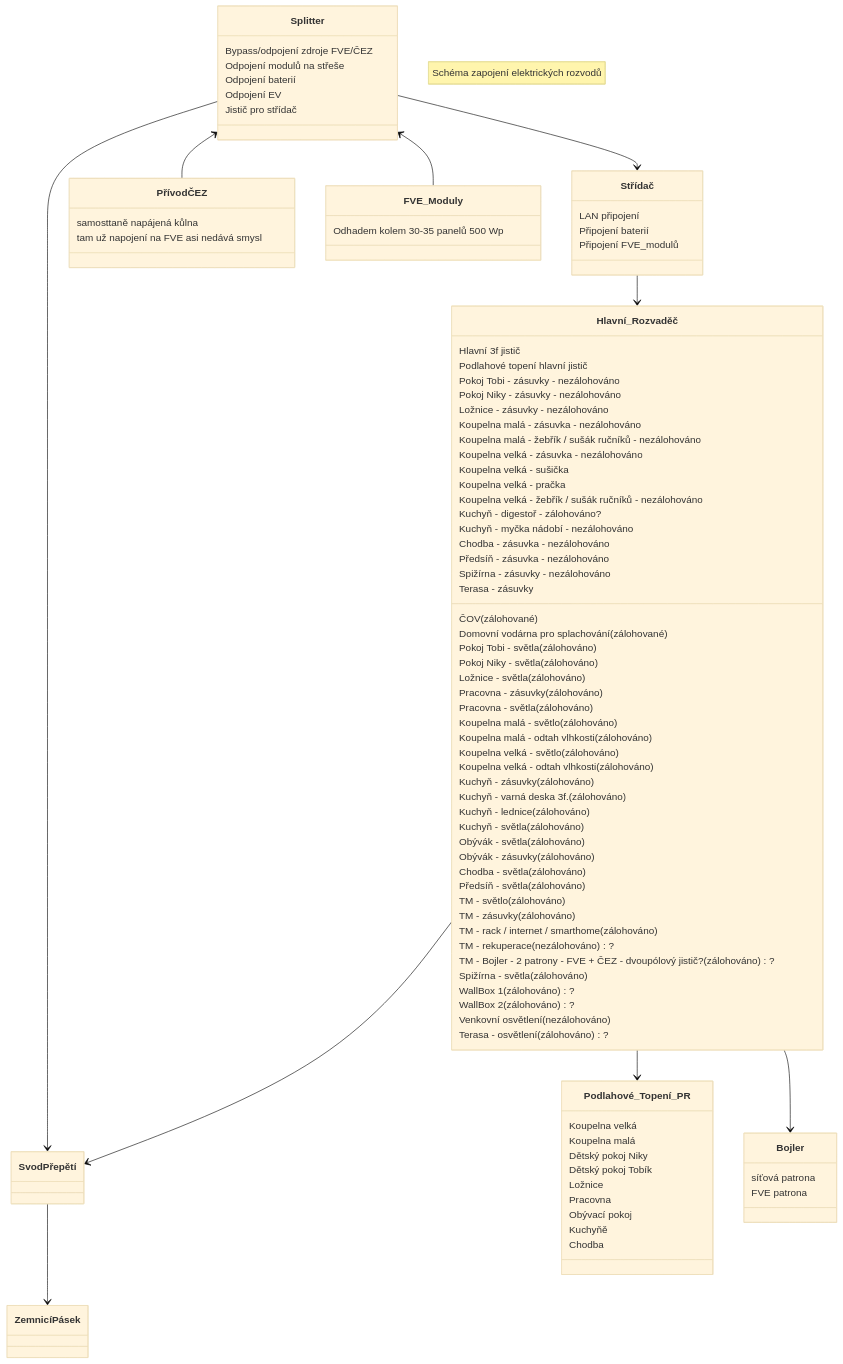
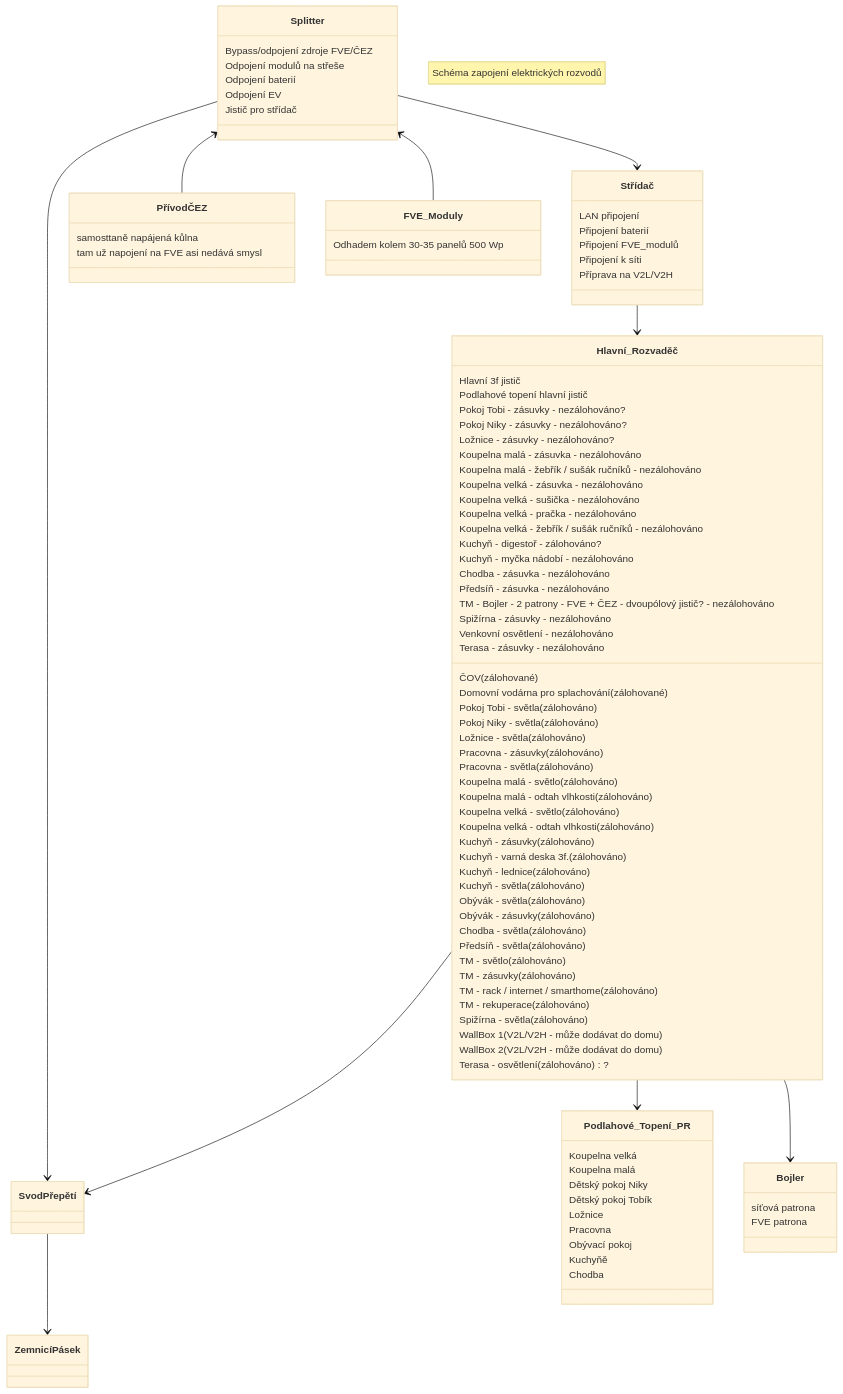
Before and after one commit to mtrakal/smrci: the diagram in Elektrika.md, drawn with Mermaid (base theme). The commit also changed other lines of this file and 1 other file, not shown here.

Commit message:
Elektřina ujasnění

```diff
--- a/Elektrika.md
+++ b/Elektrika.md
@@ -56,13 +56,13 @@
     ČOV (zálohované)
     Domovní vodárna pro splachování (zálohované)
     
-    Pokoj Tobi - zásuvky - nezálohováno
+    Pokoj Tobi - zásuvky - nezálohováno?
     Pokoj Tobi - světla (zálohováno)
     
-    Pokoj Niky - zásuvky - nezálohováno
+    Pokoj Niky - zásuvky - nezálohováno?
     Pokoj Niky - světla (zálohováno)
 
-    Ložnice - zásuvky - nezálohováno
+    Ložnice - zásuvky - nezálohováno?
     Ložnice - světla (zálohováno)
 
     Pracovna - zásuvky (zálohováno)
@@ -76,8 +76,8 @@
     Koupelna velká - zásuvka - nezálohováno
     Koupelna velká - světlo (zálohováno)
     Koupelna velká - odtah vlhkosti (zálohováno)
-    Koupelna velká - sušička
-    Koupelna velká - pračka
+    Koupelna velká - sušička - nezálohováno
+    Koupelna velká - pračka - nezálohováno
     Koupelna velká - žebřík / sušák ručníků - nezálohováno
 
     Kuchyň - zásuvky (zálohováno)
@@ -99,19 +99,19 @@
     TM - světlo (zálohováno)
     TM - zásuvky (zálohováno)
     TM - rack / internet / smarthome (zálohováno)
-    TM - rekuperace (nezálohováno)?
-    TM - Bojler - 2 patrony - FVE + ČEZ - dvoupólový jistič? (zálohováno)?
+    TM - rekuperace (zálohováno)
+    TM - Bojler - 2 patrony - FVE + ČEZ - dvoupólový jistič? - nezálohováno
     
     Spižírna - světla (zálohováno)
     Spižírna - zásuvky - nezálohováno
     
-    WallBox 1 (zálohováno)?
-    WallBox 2 (zálohováno)?
+    WallBox 1 (V2L/V2H - může dodávat do domu)
+    WallBox 2 (V2L/V2H - může dodávat do domu)
     
-    Venkovní osvětlení (nezálohováno)
+    Venkovní osvětlení - nezálohováno
     
     Terasa - osvětlení (zálohováno)?
-    Terasa - zásuvky
+    Terasa - zásuvky - nezálohováno
   }
   
   class ZemnicíPásek
@@ -131,6 +131,8 @@
       LAN připojení
       Připojení baterií
       Připojení FVE_modulů
+      Připojení k síti
+      Příprava na V2L/V2H
   }
 
   class Splitter {
```
